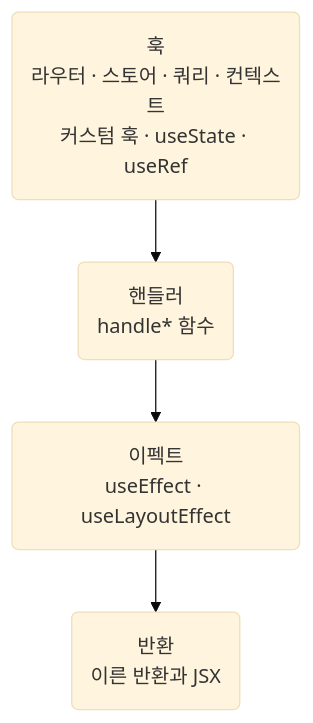
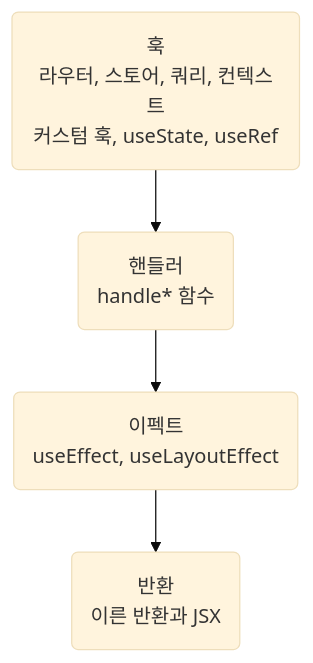
Before and after one commit to minu-ha/agent-conventions: the diagram in skill/react/rules/05-09-composition-order-hooks-handlers-effects-then-return.md, drawn with Mermaid (base theme). The commit also changed other lines of this file and 194 other files, not shown here.

````diff
--- a/skill/react/rules/05-09-composition-order-hooks-handlers-effects-then-return.md
+++ b/skill/react/rules/05-09-composition-order-hooks-handlers-effects-then-return.md
@@ -22,6 +22,6 @@
 ```mermaid
 flowchart TD
-	s1("훅<br>라우터 · 스토어 · 쿼리 · 컨텍스트<br>커스텀 훅 · useState · useRef") --> s2("핸들러<br>handle* 함수")
-	s2 --> s3("이펙트<br>useEffect · useLayoutEffect")
+	s1("훅<br>라우터, 스토어, 쿼리, 컨텍스트<br>커스텀 훅, useState, useRef") --> s2("핸들러<br>handle* 함수")
+	s2 --> s3("이펙트<br>useEffect, useLayoutEffect")
 	s3 --> s4("반환<br>이른 반환과 JSX")
 ```
````
